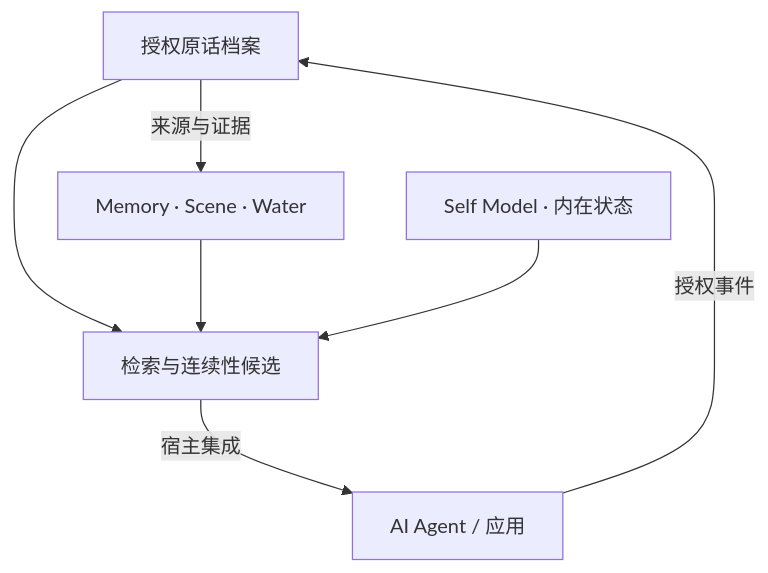
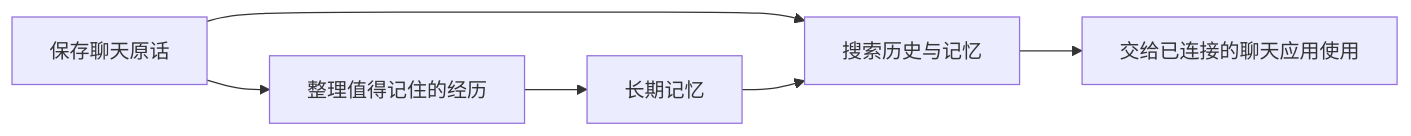
The diagram in README.md (Nereviay/Thalemora), drawn with Mermaid before and after one commit. The commit also changed other lines of this file, not shown here.

````diff
--- a/README.md
+++ b/README.md
@@ -46,9 +51,8 @@
 ```mermaid
-flowchart TD
-  H["授权原话档案"] -->|"来源与证据"| M["Memory · Scene · Water"]
-  H --> R["检索与连续性候选"]
-  M --> R
-  I["Self Model · 内在状态"] --> R
-  R -->|"宿主集成"| A["AI Agent / 应用"]
-  A -->|"授权事件"| H
+flowchart LR
+    A["保存聊天原话"] --> B["整理值得记住的经历"]
+    B --> C["长期记忆"]
+    A --> D["搜索历史与记忆"]
+    C --> D
+    D --> E["交给已连接的聊天应用使用"]
 ```
````
